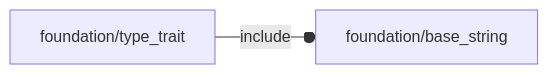
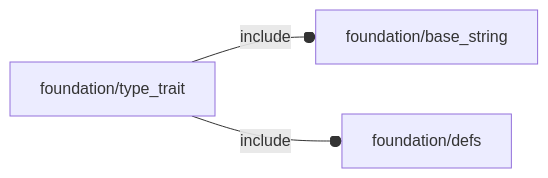
Before and after one commit to ggabbiani/OFL: the diagram in orthodocs/foundation/type_trait.md, drawn with Mermaid. The commit also changed other lines of this file and 74 other files, not shown here.

````diff
--- a/orthodocs/foundation/type_trait.md
+++ b/orthodocs/foundation/type_trait.md
@@ -5,4 +5,5 @@
 ```mermaid
 graph LR
     A1[foundation/type_trait] --o|include| A2[foundation/base_string]
+    A1 --o|include| A3[foundation/defs]
 ```
````
